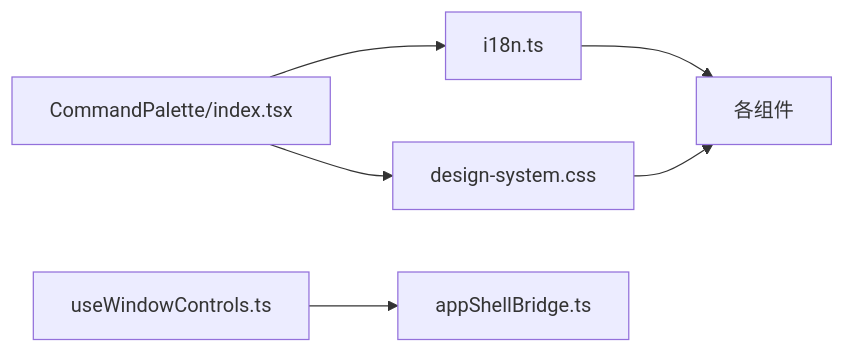
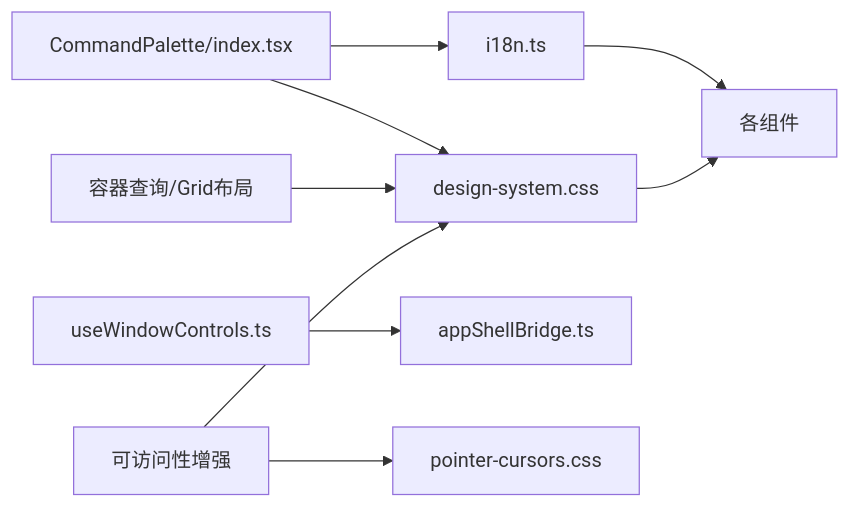
One commit to haolange/RDC-Agent changed the tenth of 10 diagrams in .qoder/repowiki/zh/content/架构设计/渲染器架构/UI 特性/UI 特性.md. Above: the diagram before and after it, drawn with Mermaid. The commit also changed other lines of this file and 25 other files, not shown here.

````diff
--- a/.qoder/repowiki/zh/content/架构设计/渲染器架构/UI 特性/UI 特性.md
+++ b/.qoder/repowiki/zh/content/架构设计/渲染器架构/UI 特性/UI 特性.md
@@ -247,8 +386,11 @@
 ```mermaid
 graph LR
 I18N["i18n.ts"] --> UI["各组件"]
 THEME["design-system.css"] --> UI
 WC["useWindowControls.ts"] --> BRIDGE["appShellBridge.ts"]
 CP["CommandPalette/index.tsx"] --> I18N
 CP --> THEME
+RESPONSIVE["容器查询/Grid布局"] --> THEME
+ACCESSIBILITY["可访问性增强"] --> THEME
+ACCESSIBILITY --> POINTER["pointer-cursors.css"]
 ```
````
